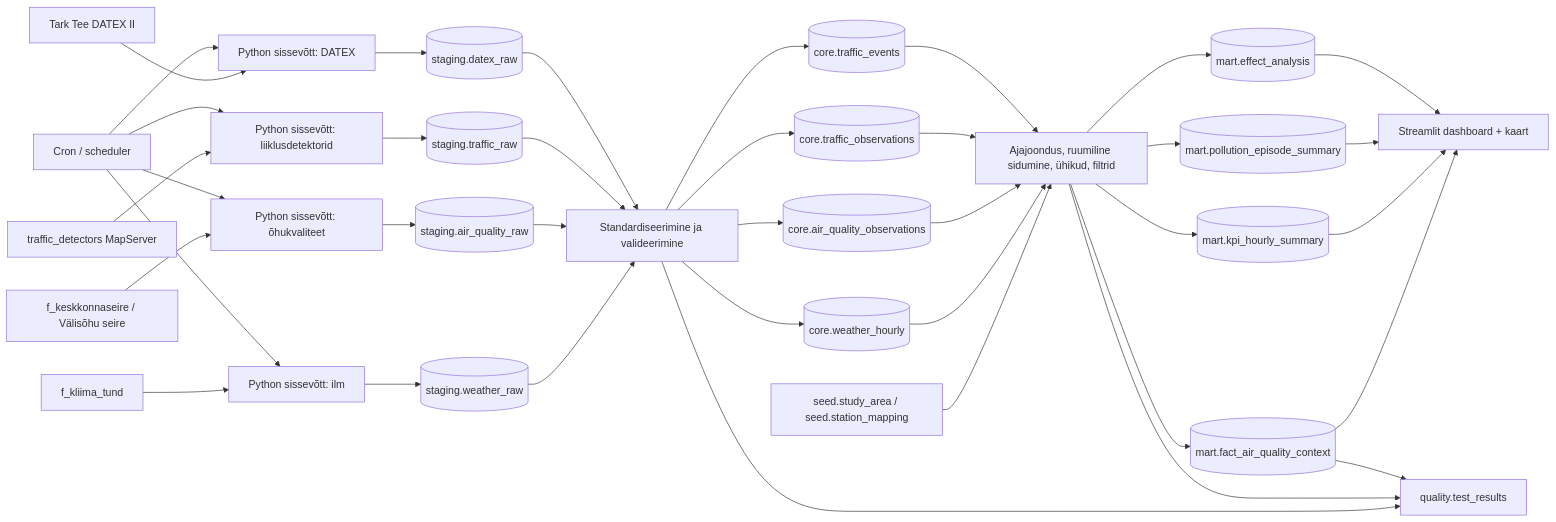
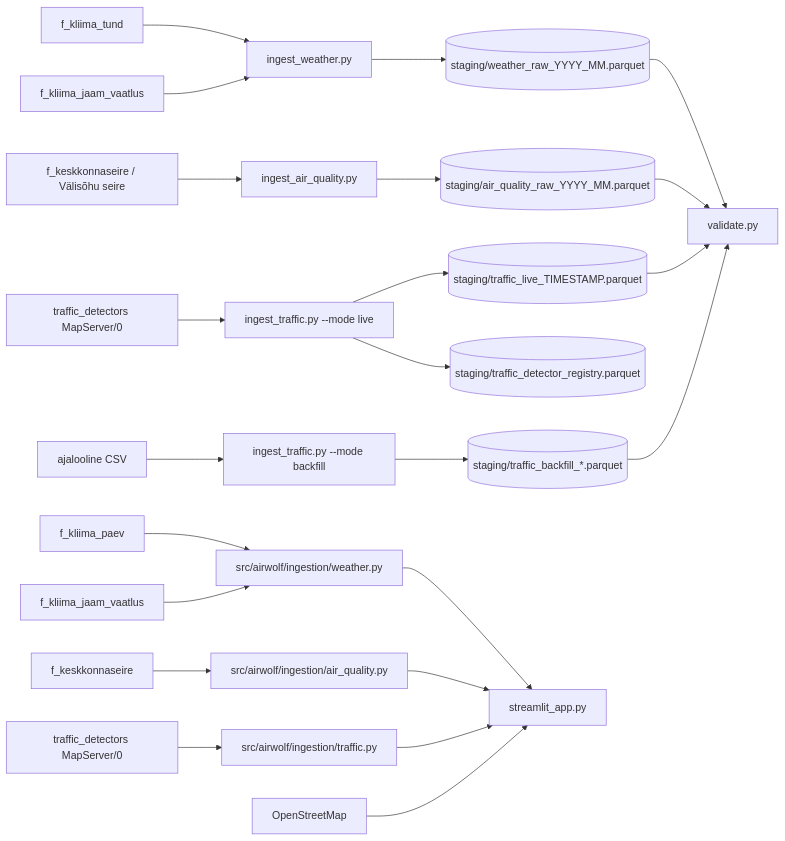
One commit to HDO21/airwolf changed the diagram in docs/arhitektuur.md. Above: the diagram before and after it, drawn with Mermaid. The commit also changed other lines of this file and 6 other files, not shown here.

````diff
--- a/docs/arhitektuur.md
+++ b/docs/arhitektuur.md
@@ -51,47 +59,30 @@
 ```mermaid
 flowchart LR
-    weather_api[f_kliima_tund] --> ingest_weather[Python sissevõtt: ilm]
-    aq_api[f_keskkonnaseire / Välisõhu seire] --> ingest_aq[Python sissevõtt: õhukvaliteet]
-    traffic_api[traffic_detectors MapServer] --> ingest_traffic[Python sissevõtt: liiklusdetektorid]
-    datex_api[Tark Tee DATEX II] --> ingest_datex[Python sissevõtt: DATEX]
-    seed[seed.study_area / seed.station_mapping] --> core_join
+   weather_hourly[f_kliima_tund] --> ingest_weather[ingest_weather.py]
+    weather_meta[f_kliima_jaam_vaatlus] --> ingest_weather
 
-    ingest_weather --> stg_weather[(staging.weather_raw)]
-    ingest_aq --> stg_aq[(staging.air_quality_raw)]
-    ingest_traffic --> stg_traffic[(staging.traffic_raw)]
-    ingest_datex --> stg_datex[(staging.datex_raw)]
+    aq_api[f_keskkonnaseire / Välisõhu seire] --> ingest_aq[ingest_air_quality.py]
+    traffic_api[traffic_detectors MapServer/0] --> ingest_traffic_live[ingest_traffic.py --mode live]
+    traffic_csv[ajalooline CSV] --> ingest_traffic_backfill[ingest_traffic.py --mode backfill]
 
-    stg_weather --> std[Standardiseerimine ja valideerimine]
-    stg_aq --> std
-    stg_traffic --> std
-    stg_datex --> std
+    ingest_weather --> stg_weather[(staging/weather_raw_YYYY_MM.parquet)]
+    ingest_aq --> stg_aq[(staging/air_quality_raw_YYYY_MM.parquet)]
+    ingest_traffic_live --> stg_traffic_live[(staging/traffic_live_TIMESTAMP.parquet)]
+    ingest_traffic_live --> stg_registry[(staging/traffic_detector_registry.parquet)]
+    ingest_traffic_backfill --> stg_traffic_backfill[(staging/traffic_backfill_*.parquet)]
 
-    std --> core_weather[(core.weather_hourly)]
-    std --> core_aq[(core.air_quality_observations)]
-    std --> core_traffic[(core.traffic_observations)]
-    std --> core_events[(core.traffic_events)]
+    stg_weather --> validate[validate.py]
+    stg_aq --> validate
+    stg_traffic_live --> validate
+    stg_traffic_backfill --> validate
 
-    core_weather --> core_join[Ajajoondus, ruumiline sidumine, ühikud, filtrid]
-    core_aq --> core_join
-    core_traffic --> core_join
-    core_events --> core_join
+    weather_day[f_kliima_paev] --> app_weather[src/airwolf/ingestion/weather.py]
+    weather_meta2[f_kliima_jaam_vaatlus] --> app_weather
+    aq_api2[f_keskkonnaseire] --> app_aq[src/airwolf/ingestion/air_quality.py]
+    traffic_api2[traffic_detectors MapServer/0] --> app_traffic[src/airwolf/ingestion/traffic.py]
 
-    core_join --> mart_fact[(mart.fact_air_quality_context)]
-    core_join --> mart_kpi[(mart.kpi_hourly_summary)]
-    core_join --> mart_episode[(mart.pollution_episode_summary)]
-    core_join --> mart_model[(mart.effect_analysis)]
-
-    mart_fact --> dashboard[Streamlit dashboard + kaart]
-    mart_kpi --> dashboard
-    mart_episode --> dashboard
-    mart_model --> dashboard
-
-    std --> quality[quality.test_results]
-    core_join --> quality
-    mart_fact --> quality
-
-    scheduler[Cron / scheduler] --> ingest_weather
-    scheduler --> ingest_aq
-    scheduler --> ingest_traffic
-    scheduler --> ingest_datex
+    app_weather --> dashboard[streamlit_app.py]
+    app_aq --> dashboard
+    app_traffic --> dashboard
+    osm[OpenStreetMap] --> dashboard
 ```
````
